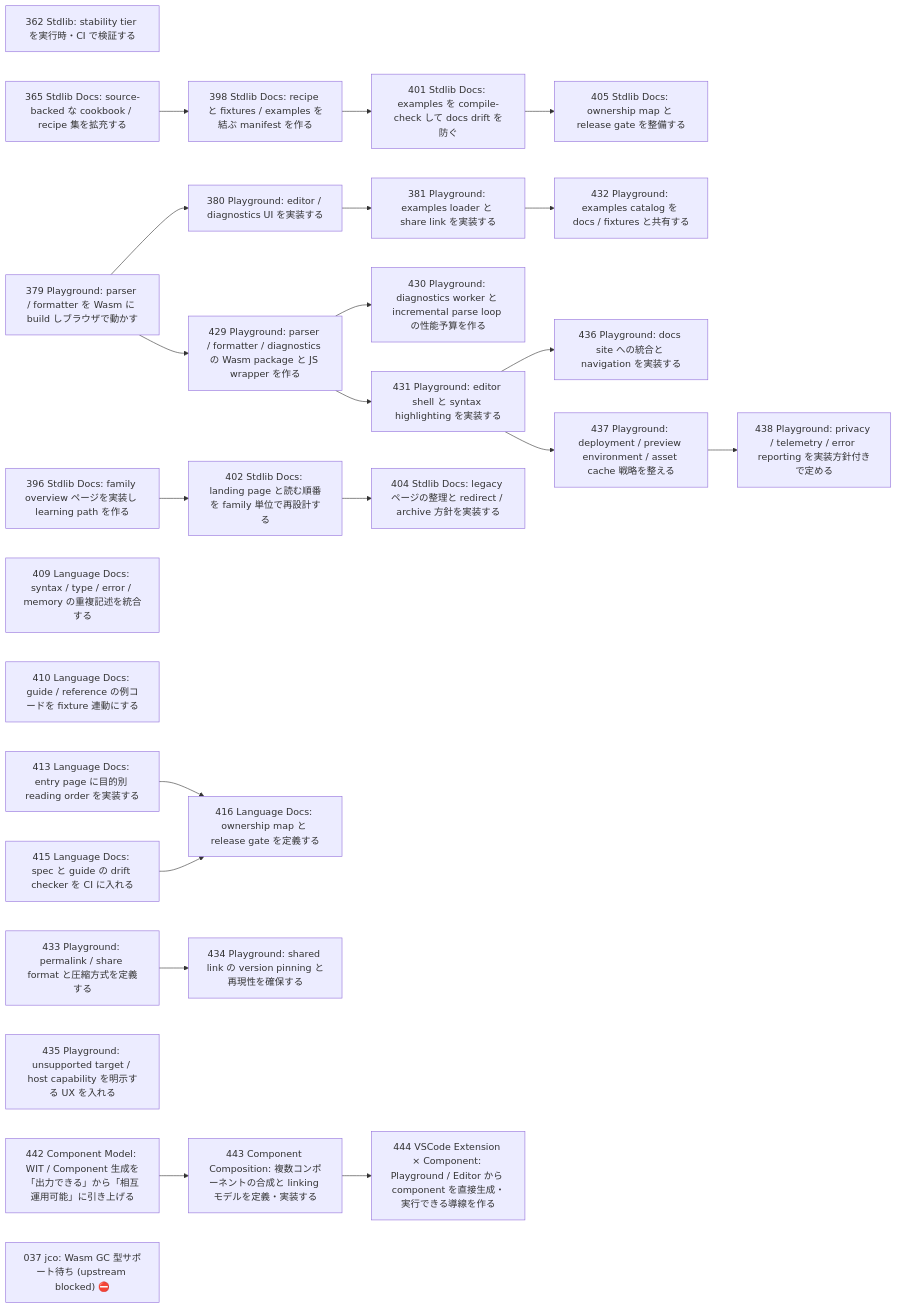
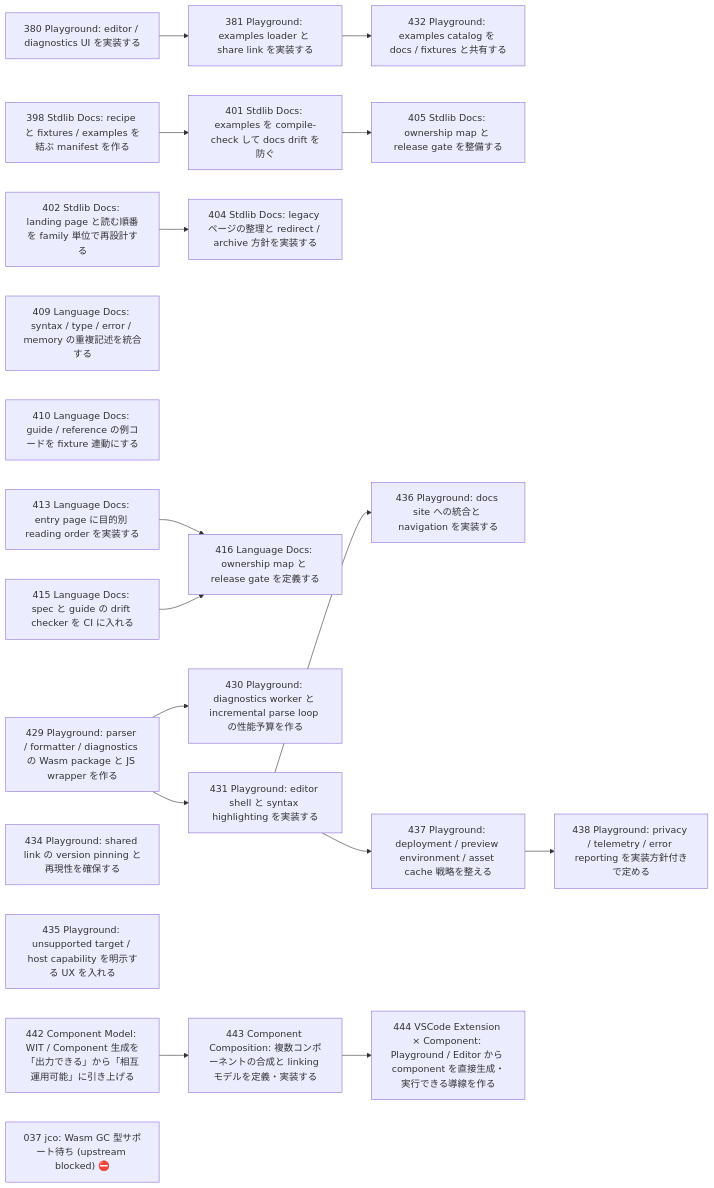
Before and after one commit to wogikaze/arukellt: the diagram in issues/open/dependency-graph.md, drawn with Mermaid. The commit also changed other lines of this file and 6 other files, not shown here.

````diff
--- a/issues/open/dependency-graph.md
+++ b/issues/open/dependency-graph.md
@@ -7,52 +7,42 @@
 ```mermaid
 graph LR
-  I362["362 Stdlib: stability tier を実行時・CI で検証する"]
-  I365["365 Stdlib Docs: source-backed な cookbook / recipe 集を拡充する"]
-  I379["379 Playground: parser / formatter を Wasm に build しブラウザで動かす"]
-  I396["396 Stdlib Docs: family overview ページを実装し learning path を作る"]
+  I380["380 Playground: editor / diagnostics UI を実装する"]
+  I398["398 Stdlib Docs: recipe と fixtures / examples を結ぶ manifest を作る"]
+  I402["402 Stdlib Docs: landing page と読む順番を family 単位で再設計する"]
   I409["409 Language Docs: syntax / type / error / memory の重複記述を統合する"]
   I410["410 Language Docs: guide / reference の例コードを fixture 連動にする"]
   I413["413 Language Docs: entry page に目的別 reading order を実装する"]
   I415["415 Language Docs: spec と guide の drift checker を CI に入れる"]
-  I433["433 Playground: permalink / share format と圧縮方式を定義する"]
+  I429["429 Playground: parser / formatter / diagnostics の Wasm package と JS wrapper を作る"]
+  I434["434 Playground: shared link の version pinning と再現性を確保する"]
   I435["435 Playground: unsupported target / host capability を明示する UX を入れる"]
   I442["442 Component Model: WIT / Component 生成を「出力できる」から「相互運用可能」に引き上げる"]
-  I398["398 Stdlib Docs: recipe と fixtures / examples を結ぶ manifest を作る"]
-  I380["380 Playground: editor / diagnostics UI を実装する"]
-  I429["429 Playground: parser / formatter / diagnostics の Wasm package と JS wrapper を作る"]
-  I402["402 Stdlib Docs: landing page と読む順番を family 単位で再設計する"]
+  I381["381 Playground: examples loader と share link を実装する"]
+  I401["401 Stdlib Docs: examples を compile-check して docs drift を防ぐ"]
+  I404["404 Stdlib Docs: legacy ページの整理と redirect / archive 方針を実装する"]
   I416["416 Language Docs: ownership map と release gate を定義する"]
-  I434["434 Playground: shared link の version pinning と再現性を確保する"]
-  I443["443 Component Composition: 複数コンポーネントの合成と linking モデルを定義・実装する"]
-  I401["401 Stdlib Docs: examples を compile-check して docs drift を防ぐ"]
-  I381["381 Playground: examples loader と share link を実装する"]
   I430["430 Playground: diagnostics worker と incremental parse loop の性能予算を作る"]
   I431["431 Playground: editor shell と syntax highlighting を実装する"]
-  I404["404 Stdlib Docs: legacy ページの整理と redirect / archive 方針を実装する"]
-  I444["444 VSCode Extension × Component: Playground / Editor から component を直接生成・実行できる導線を作る"]
+  I443["443 Component Composition: 複数コンポーネントの合成と linking モデルを定義・実装する"]
+  I432["432 Playground: examples catalog を docs / fixtures と共有する"]
   I405["405 Stdlib Docs: ownership map と release gate を整備する"]
-  I432["432 Playground: examples catalog を docs / fixtures と共有する"]
   I436["436 Playground: docs site への統合と navigation を実装する"]
   I437["437 Playground: deployment / preview environment / asset cache 戦略を整える"]
+  I444["444 VSCode Extension × Component: Playground / Editor から component を直接生成・実行できる導線を作る"]
   I438["438 Playground: privacy / telemetry / error reporting を実装方針付きで定める"]
   I037["037 jco: Wasm GC 型サポート待ち (upstream blocked) ⛔"]
-  I365 --> I398
-  I379 --> I380
-  I379 --> I429
-  I396 --> I402
+  I380 --> I381
+  I398 --> I401
+  I402 --> I404
   I413 --> I416
   I415 --> I416
-  I433 --> I434
-  I442 --> I443
-  I398 --> I401
-  I380 --> I381
   I429 --> I430
   I429 --> I431
-  I402 --> I404
-  I443 --> I444
+  I442 --> I443
+  I381 --> I432
   I401 --> I405
-  I381 --> I432
   I431 --> I436
   I431 --> I437
+  I443 --> I444
   I437 --> I438
 ```
````
